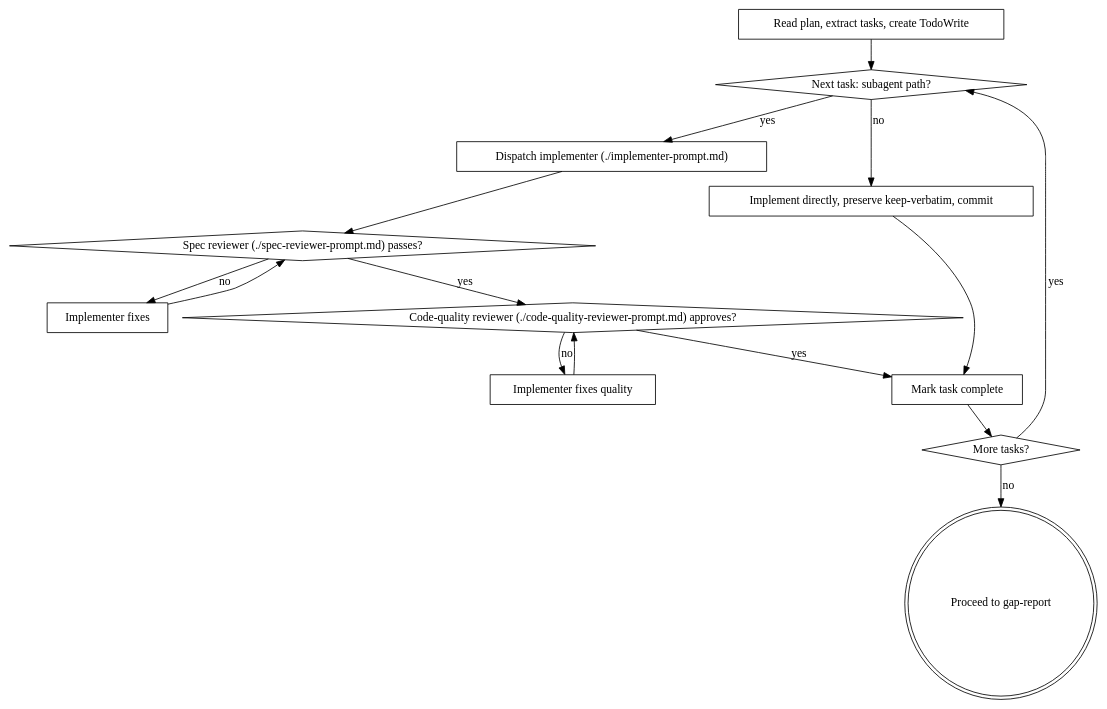
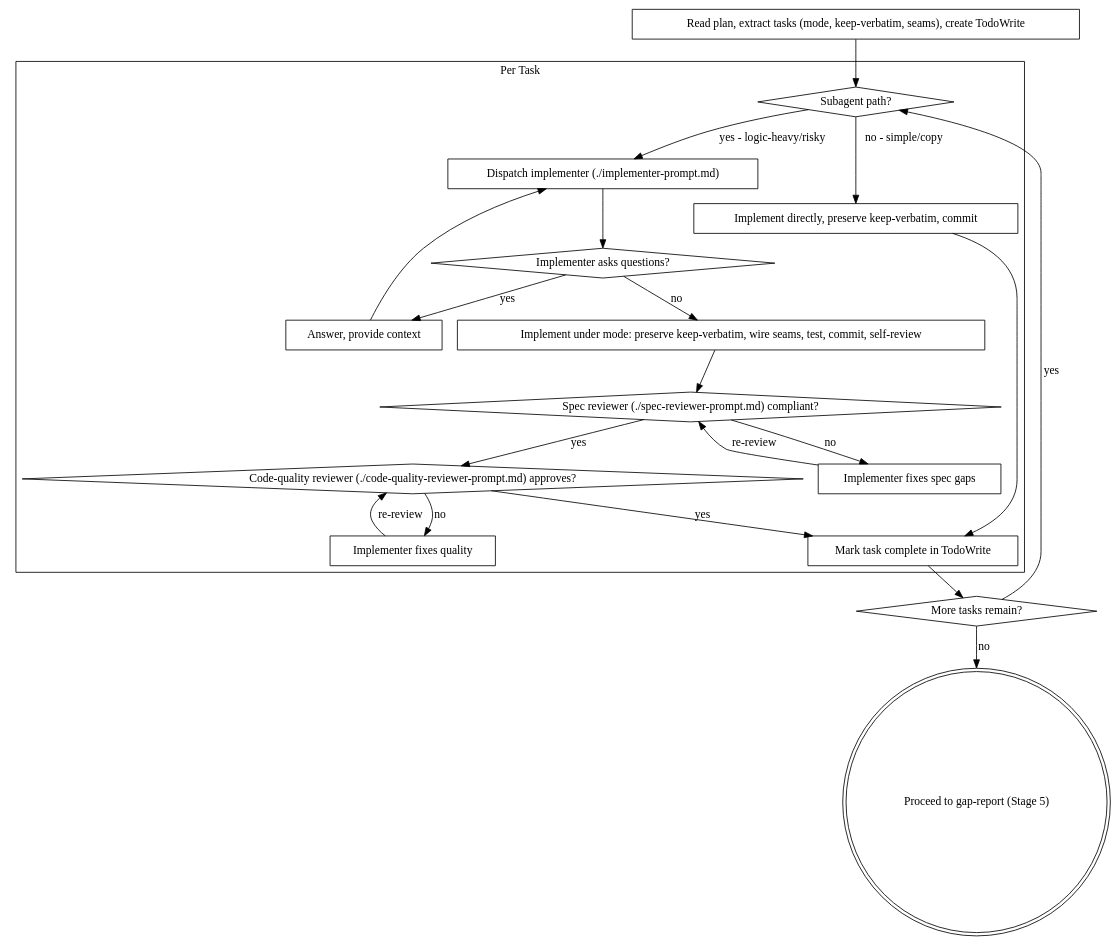
The second of 2 diagrams in skills/distillation-implementation/SKILL.md (duongnghia222/code-distilling), drawn with Graphviz before and after one commit. The commit also changed other lines of this file and 2 other files, not shown here.

First line of the commit message:
distill(skills): full-mirror subagent-driven-development in distillation-implementation

````diff
--- a/skills/distillation-implementation/SKILL.md
+++ b/skills/distillation-implementation/SKILL.md
@@ -32,31 +41,44 @@
 ```dot
 digraph process {
     rankdir=TB;
-    "Read plan, extract tasks, create TodoWrite" [shape=box];
-    "Next task: subagent path?" [shape=diamond];
-    "Dispatch implementer (./implementer-prompt.md)" [shape=box];
-    "Implement directly, preserve keep-verbatim, commit" [shape=box];
-    "Spec reviewer (./spec-reviewer-prompt.md) passes?" [shape=diamond];
-    "Implementer fixes" [shape=box];
-    "Code-quality reviewer (./code-quality-reviewer-prompt.md) approves?" [shape=diamond];
-    "Implementer fixes quality" [shape=box];
-    "Mark task complete" [shape=box];
-    "More tasks?" [shape=diamond];
-    "Proceed to gap-report" [shape=doublecircle];
 
-    "Read plan, extract tasks, create TodoWrite" -> "Next task: subagent path?";
-    "Next task: subagent path?" -> "Dispatch implementer (./implementer-prompt.md)" [label="yes"];
-    "Next task: subagent path?" -> "Implement directly, preserve keep-verbatim, commit" [label="no"];
-    "Dispatch implementer (./implementer-prompt.md)" -> "Spec reviewer (./spec-reviewer-prompt.md) passes?";
-    "Spec reviewer (./spec-reviewer-prompt.md) passes?" -> "Implementer fixes" [label="no"];
-    "Implementer fixes" -> "Spec reviewer (./spec-reviewer-prompt.md) passes?";
-    "Spec reviewer (./spec-reviewer-prompt.md) passes?" -> "Code-quality reviewer (./code-quality-reviewer-prompt.md) approves?" [label="yes"];
+    "Read plan, extract tasks (mode, keep-verbatim, seams), create TodoWrite" [shape=box];
+
+    subgraph cluster_per_task {
+        label="Per Task";
+        "Subagent path?" [shape=diamond];
+        "Dispatch implementer (./implementer-prompt.md)" [shape=box];
+        "Implementer asks questions?" [shape=diamond];
+        "Answer, provide context" [shape=box];
+        "Implement under mode: preserve keep-verbatim, wire seams, test, commit, self-review" [shape=box];
+        "Implement directly, preserve keep-verbatim, commit" [shape=box];
+        "Spec reviewer (./spec-reviewer-prompt.md) compliant?" [shape=diamond];
+        "Implementer fixes spec gaps" [shape=box];
+        "Code-quality reviewer (./code-quality-reviewer-prompt.md) approves?" [shape=diamond];
+        "Implementer fixes quality" [shape=box];
+        "Mark task complete in TodoWrite" [shape=box];
+    }
+
+    "More tasks remain?" [shape=diamond];
+    "Proceed to gap-report (Stage 5)" [shape=doublecircle];
+
+    "Read plan, extract tasks (mode, keep-verbatim, seams), create TodoWrite" -> "Subagent path?";
+    "Subagent path?" -> "Dispatch implementer (./implementer-prompt.md)" [label="yes - logic-heavy/risky"];
+    "Subagent path?" -> "Implement directly, preserve keep-verbatim, commit" [label="no - simple/copy"];
+    "Dispatch implementer (./implementer-prompt.md)" -> "Implementer asks questions?";
+    "Implementer asks questions?" -> "Answer, provide context" [label="yes"];
+    "Answer, provide context" -> "Dispatch implementer (./implementer-prompt.md)";
+    "Implementer asks questions?" -> "Implement under mode: preserve keep-verbatim, wire seams, test, commit, self-review" [label="no"];
+    "Implement under mode: preserve keep-verbatim, wire seams, test, commit, self-review" -> "Spec reviewer (./spec-reviewer-prompt.md) compliant?";
+    "Spec reviewer (./spec-reviewer-prompt.md) compliant?" -> "Implementer fixes spec gaps" [label="no"];
+    "Implementer fixes spec gaps" -> "Spec reviewer (./spec-reviewer-prompt.md) compliant?" [label="re-review"];
+    "Spec reviewer (./spec-reviewer-prompt.md) compliant?" -> "Code-quality reviewer (./code-quality-reviewer-prompt.md) approves?" [label="yes"];
     "Code-quality reviewer (./code-quality-reviewer-prompt.md) approves?" -> "Implementer fixes quality" [label="no"];
-    "Implementer fixes quality" -> "Code-quality reviewer (./code-quality-reviewer-prompt.md) approves?";
-    "Code-quality reviewer (./code-quality-reviewer-prompt.md) approves?" -> "Mark task complete" [label="yes"];
-    "Implement directly, preserve keep-verbatim, commit" -> "Mark task complete";
-    "Mark task complete" -> "More tasks?";
-    "More tasks?" -> "Next task: subagent path?" [label="yes"];
-    "More tasks?" -> "Proceed to gap-report" [label="no"];
+    "Implementer fixes quality" -> "Code-quality reviewer (./code-quality-reviewer-prompt.md) approves?" [label="re-review"];
+    "Code-quality reviewer (./code-quality-reviewer-prompt.md) approves?" -> "Mark task complete in TodoWrite" [label="yes"];
+    "Implement directly, preserve keep-verbatim, commit" -> "Mark task complete in TodoWrite";
+    "Mark task complete in TodoWrite" -> "More tasks remain?";
+    "More tasks remain?" -> "Subagent path?" [label="yes"];
+    "More tasks remain?" -> "Proceed to gap-report (Stage 5)" [label="no"];
 }
 ```
````
